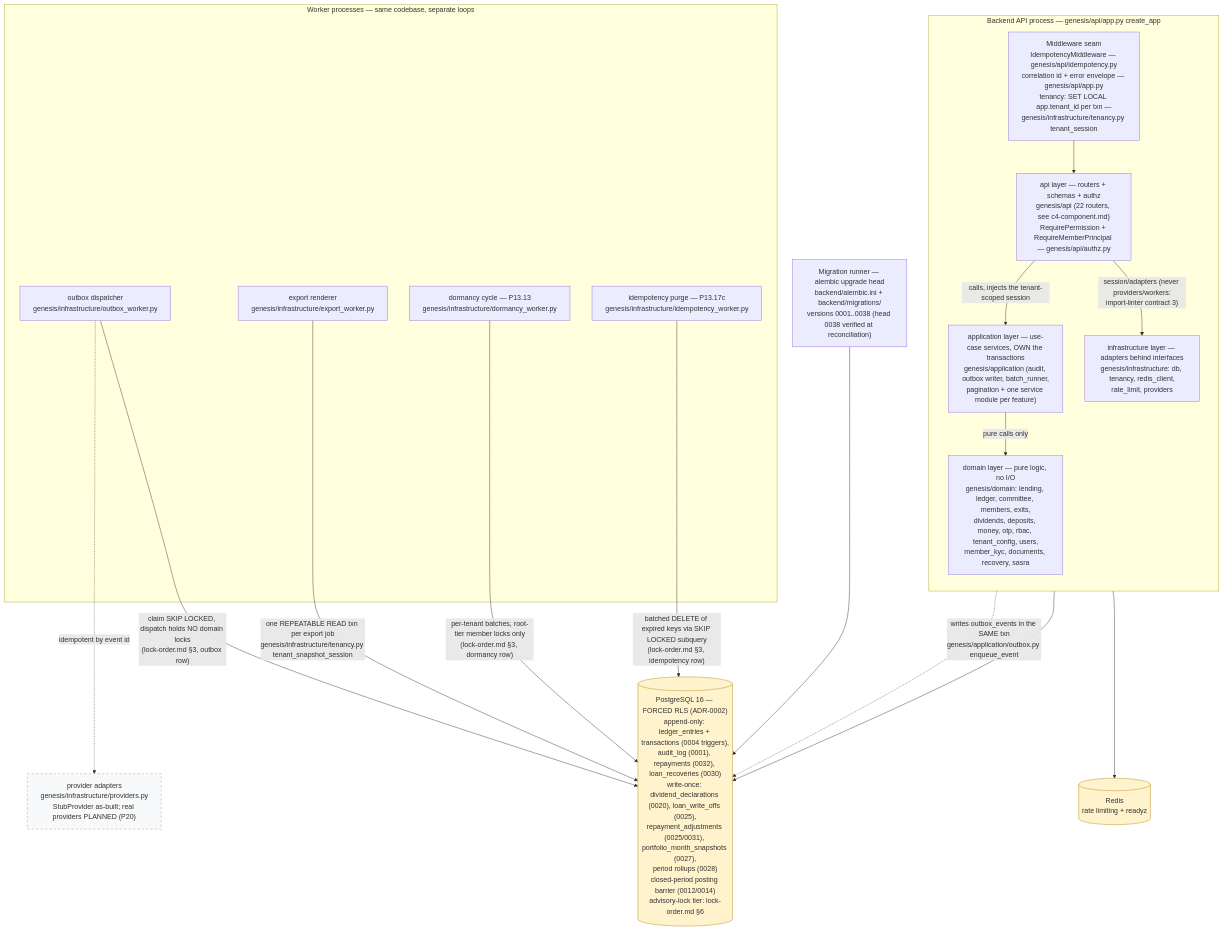
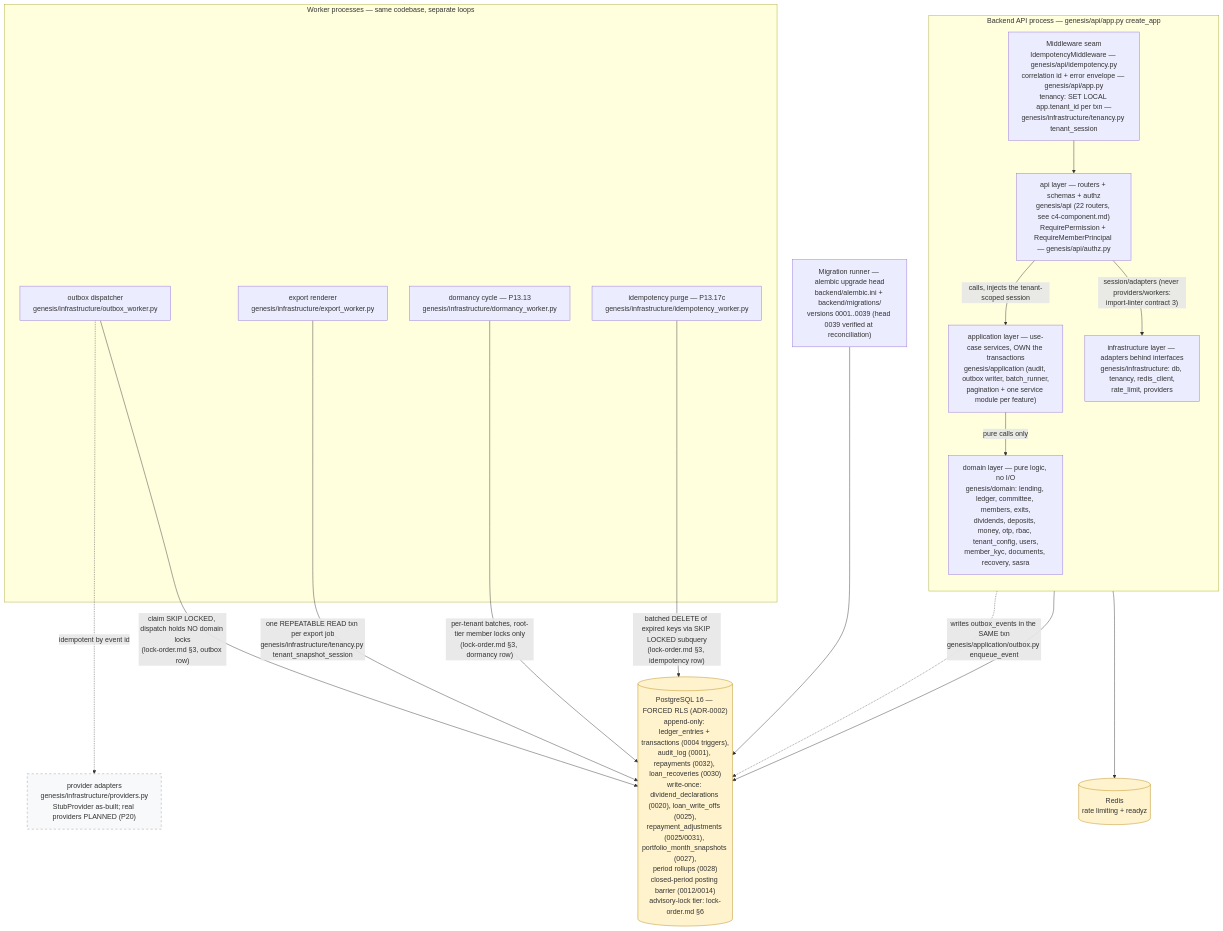
One commit to Benson-Kim/genesis-sacco changed the diagram in docs/diagrams/c4-container.md. Above: the diagram before and after it, drawn with Mermaid. The commit also changed other lines of this file and 6 other files, not shown here.

````diff
--- a/docs/diagrams/c4-container.md
+++ b/docs/diagrams/c4-container.md
@@ -39,45 +39,45 @@
 ```mermaid
 flowchart TB
     %% Authored against main @ 08541b860f1445b16c342c39b6606d86b9dbeb17
     %% L2 containers — layering per backend/pyproject.toml [tool.importlinter].
 
     subgraph BE["Backend API process — genesis/api/app.py create_app"]
         direction TB
         MW["Middleware seam<br/>IdempotencyMiddleware — genesis/api/idempotency.py<br/>correlation id + error envelope — genesis/api/app.py<br/>tenancy: SET LOCAL app.tenant_id per txn —<br/>genesis/infrastructure/tenancy.py tenant_session"]
         APIL["api layer — routers + schemas + authz<br/>genesis/api (22 routers, see c4-component.md)<br/>RequirePermission + RequireMemberPrincipal — genesis/api/authz.py"]
         APPL["application layer — use-case services, OWN the transactions<br/>genesis/application (audit, outbox writer, batch_runner,<br/>pagination + one service module per feature)"]
         DOM["domain layer — pure logic, no I/O<br/>genesis/domain: lending, ledger, committee, members, exits,<br/>dividends, deposits, money, otp, rbac, tenant_config, users,<br/>member_kyc, documents, recovery, sasra"]
         INF["infrastructure layer — adapters behind interfaces<br/>genesis/infrastructure: db, tenancy, redis_client,<br/>rate_limit, providers"]
         MW --> APIL
         APIL -->|"calls, injects the tenant-scoped session"| APPL
         APPL -->|"pure calls only"| DOM
         APIL -->|"session/adapters (never providers/workers:<br/>import-linter contract 3)"| INF
     end
 
     subgraph WK["Worker processes — same codebase, separate loops"]
         OBW["outbox dispatcher<br/>genesis/infrastructure/outbox_worker.py"]
         EXW["export renderer<br/>genesis/infrastructure/export_worker.py"]
         DMW["dormancy cycle — P13.13<br/>genesis/infrastructure/dormancy_worker.py"]
         IDW["idempotency purge — P13.17c<br/>genesis/infrastructure/idempotency_worker.py"]
     end
 
-    MIG["Migration runner — alembic upgrade head<br/>backend/alembic.ini + backend/migrations/<br/>versions 0001..0038 (head 0038 verified at reconciliation)"]
+    MIG["Migration runner — alembic upgrade head<br/>backend/alembic.ini + backend/migrations/<br/>versions 0001..0039 (head 0039 verified at reconciliation)"]
 
     PG[("PostgreSQL 16 — FORCED RLS (ADR-0002)<br/>append-only: ledger_entries + transactions (0004 triggers),<br/>audit_log (0001), repayments (0032), loan_recoveries (0030)<br/>write-once: dividend_declarations (0020), loan_write_offs (0025),<br/>repayment_adjustments (0025/0031), portfolio_month_snapshots (0027),<br/>period rollups (0028)<br/>closed-period posting barrier (0012/0014)<br/>advisory-lock tier: lock-order.md §6")]
     RD[("Redis<br/>rate limiting + readyz")]
 
     APPL -.->|"writes outbox_events in the SAME txn<br/>genesis/application/outbox.py enqueue_event"| PG
     INF --> PG
     INF --> RD
     OBW -->|"claim SKIP LOCKED, dispatch holds NO domain locks<br/>(lock-order.md §3, outbox row)"| PG
     EXW -->|"one REPEATABLE READ txn per export job<br/>genesis/infrastructure/tenancy.py tenant_snapshot_session"| PG
     DMW -->|"per-tenant batches, root-tier member locks only<br/>(lock-order.md §3, dormancy row)"| PG
     IDW -->|"batched DELETE of expired keys via SKIP LOCKED subquery<br/>(lock-order.md §3, idempotency row)"| PG
     OBW -.->|"idempotent by event id"| PROV["provider adapters<br/>genesis/infrastructure/providers.py<br/>StubProvider as-built; real providers PLANNED (P20)"]
     MIG --> PG
 
     classDef store fill:#fff3cd,stroke:#b8860b;
     class PG,RD store;
     classDef planned fill:#f8f9fa,stroke:#999,stroke-dasharray: 5 5;
     class PROV planned;
 ```
````
